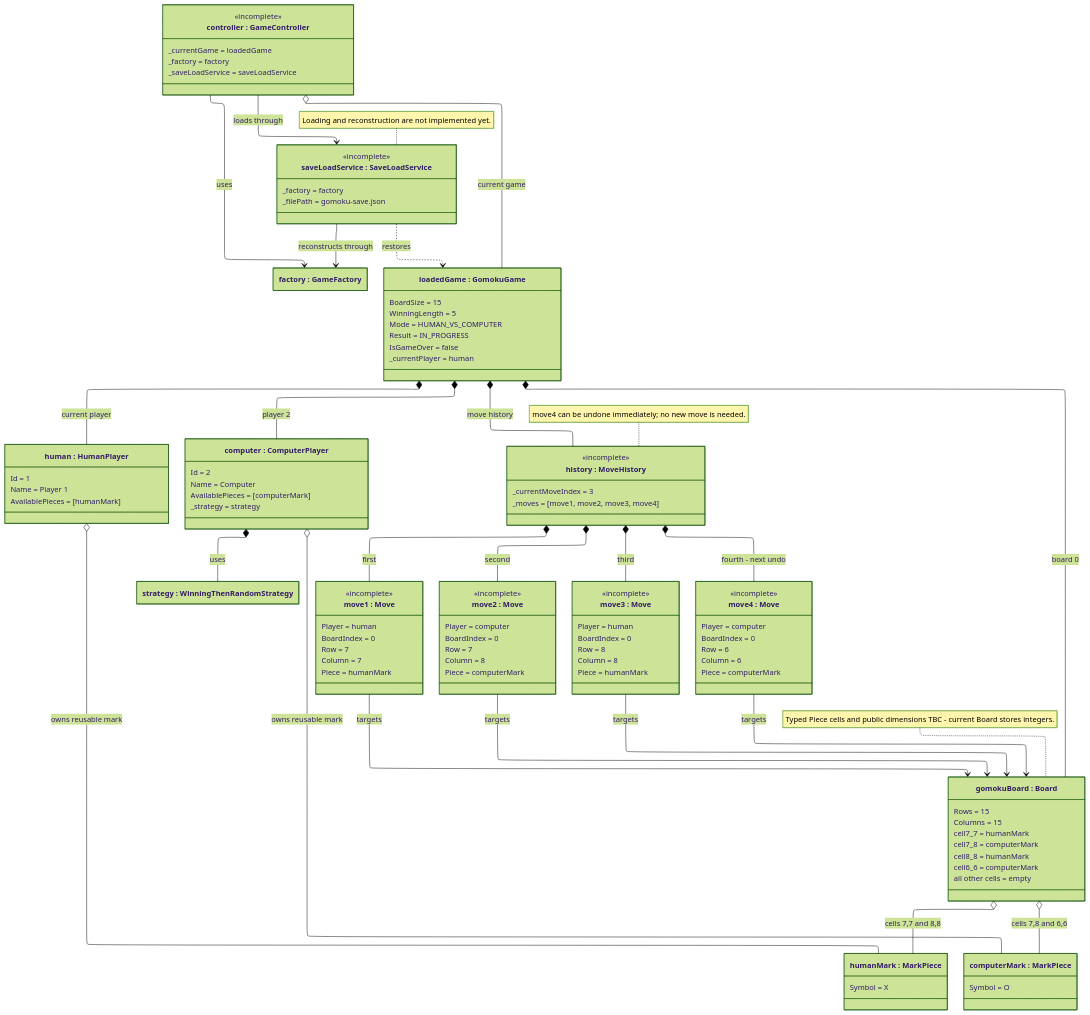
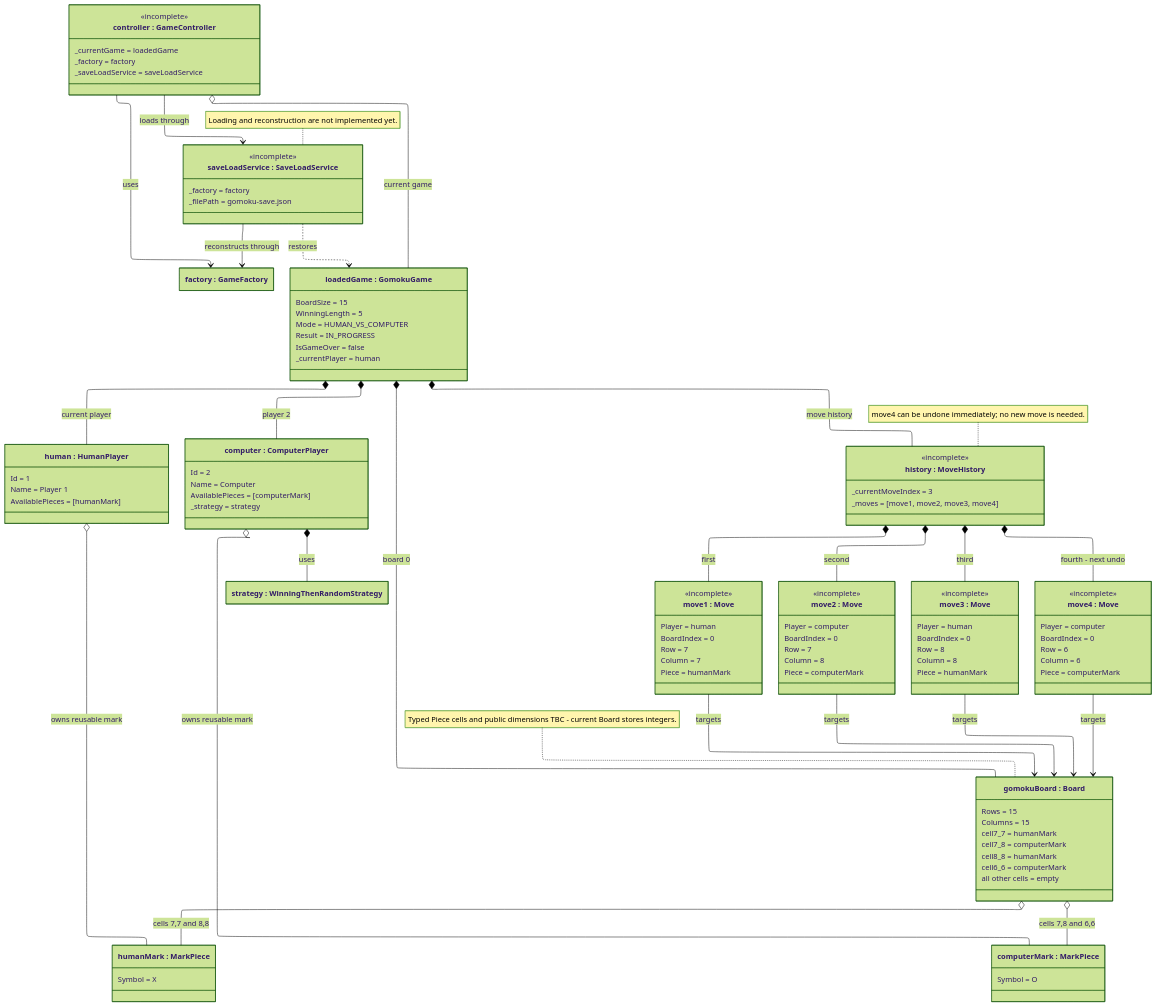
One commit to a-edalat/IFQ584-Object-Oriented-Design_assignment3 changed the diagram in diagrams/ObjectDiagram2.mmd. Above: the diagram before and after it, drawn with Mermaid (forest theme). The commit also changed 3 other files, not shown here.

```diff
--- a/diagrams/ObjectDiagram2.mmd
+++ b/diagrams/ObjectDiagram2.mmd
@@ -1,134 +1,147 @@
+%% diag type
+classDiagram
+direction TB
+
+%% formatting for space constraints
 %%{init: {"layout": "elk", "class": {"hideEmptyMembersBox": true, "nodeSpacing": 25, "rankSpacing": 35, "diagramPadding": 8, "useMaxWidth": true}}}%%
 
-%% Object Diagram 2: Loaded Gomoku game after four moves, ready for immediate undo.
-%% Intended restored state; save/load and move history are not implemented yet.
-classDiagram
-direction TB
+%% classes
 
 class controller["controller : GameController"] {
     <<incomplete>>
     _currentGame = loadedGame
     _factory = factory
     _saveLoadService = saveLoadService
 }
 
 class saveLoadService["saveLoadService : SaveLoadService"] {
     <<incomplete>>
     _factory = factory
     _filePath = gomoku-save.json
 }
 note for saveLoadService "Loading and reconstruction are not implemented yet."
 
 class factory["factory : GameFactory"]
 
 class loadedGame["loadedGame : GomokuGame"] {
     BoardSize = 15
     WinningLength = 5
     Mode = HUMAN_VS_COMPUTER
     Result = IN_PROGRESS
     IsGameOver = false
     _currentPlayer = human
 }
 
 class gomokuBoard["gomokuBoard : Board"] {
     Rows = 15
     Columns = 15
     cell7_7 = humanMark
     cell7_8 = computerMark
     cell8_8 = humanMark
     cell6_6 = computerMark
     all other cells = empty
 }
 note for gomokuBoard "Typed Piece cells and public dimensions TBC - current Board stores integers."
 
 class human["human : HumanPlayer"] {
     Id = 1
     Name = Player 1
     AvailablePieces = [humanMark]
 }
 
 class computer["computer : ComputerPlayer"] {
     Id = 2
     Name = Computer
     AvailablePieces = [computerMark]
     _strategy = strategy
 }
 
 class humanMark["humanMark : MarkPiece"] {
     Symbol = X
 }
 
 class computerMark["computerMark : MarkPiece"] {
     Symbol = O
 }
 
 class strategy["strategy : WinningThenRandomStrategy"]
 
 class history["history : MoveHistory"] {
     <<incomplete>>
     _currentMoveIndex = 3
     _moves = [move1, move2, move3, move4]
 }
 note for history "move4 can be undone immediately; no new move is needed."
 
 class move1["move1 : Move"] {
     <<incomplete>>
     Player = human
     BoardIndex = 0
     Row = 7
     Column = 7
     Piece = humanMark
 }
 
 class move2["move2 : Move"] {
     <<incomplete>>
     Player = computer
     BoardIndex = 0
     Row = 7
     Column = 8
     Piece = computerMark
 }
 
 class move3["move3 : Move"] {
     <<incomplete>>
     Player = human
     BoardIndex = 0
     Row = 8
     Column = 8
     Piece = humanMark
 }
 
 class move4["move4 : Move"] {
     <<incomplete>>
     Player = computer
     BoardIndex = 0
     Row = 6
     Column = 6
     Piece = computerMark
 }
 
-controller o-- loadedGame : current game
+%% connections
+%% association
 controller --> saveLoadService : loads through
 controller --> factory : uses
+
 saveLoadService --> factory : reconstructs through
+%% dependency
 saveLoadService ..> loadedGame : restores
+
+move1 --> gomokuBoard : targets
+move2 --> gomokuBoard : targets
+move3 --> gomokuBoard : targets
+move4 --> gomokuBoard : targets
+
+%% composition
+computer *-- strategy : uses
 
 loadedGame *-- gomokuBoard : board 0
 loadedGame *-- human : current player
 loadedGame *-- computer : player 2
 loadedGame *-- history : move history
 
-human o-- humanMark : owns reusable mark
-computer o-- computerMark : owns reusable mark
-computer *-- strategy : uses
-gomokuBoard o-- humanMark : cells 7,7 and 8,8
-gomokuBoard o-- computerMark : cells 7,8 and 6,6
-
 history *-- move1 : first
 history *-- move2 : second
 history *-- move3 : third
 history *-- move4 : fourth - next undo
-move1 --> gomokuBoard : targets
-move2 --> gomokuBoard : targets
-move3 --> gomokuBoard : targets
-move4 --> gomokuBoard : targets
+
+%% aggregation
+controller o-- loadedGame : current game
+
+human o-- humanMark : owns reusable mark
+
+computer o-- computerMark : owns reusable mark
+
+gomokuBoard o-- humanMark : cells 7,7 and 8,8
+gomokuBoard o-- computerMark : cells 7,8 and 6,6
```
